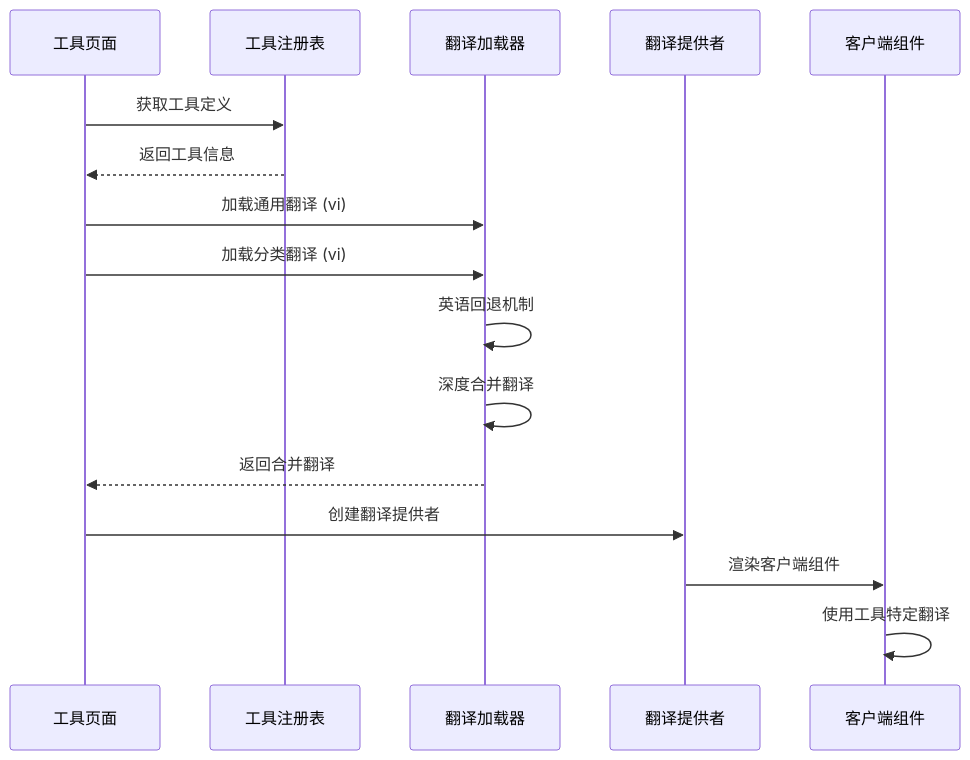
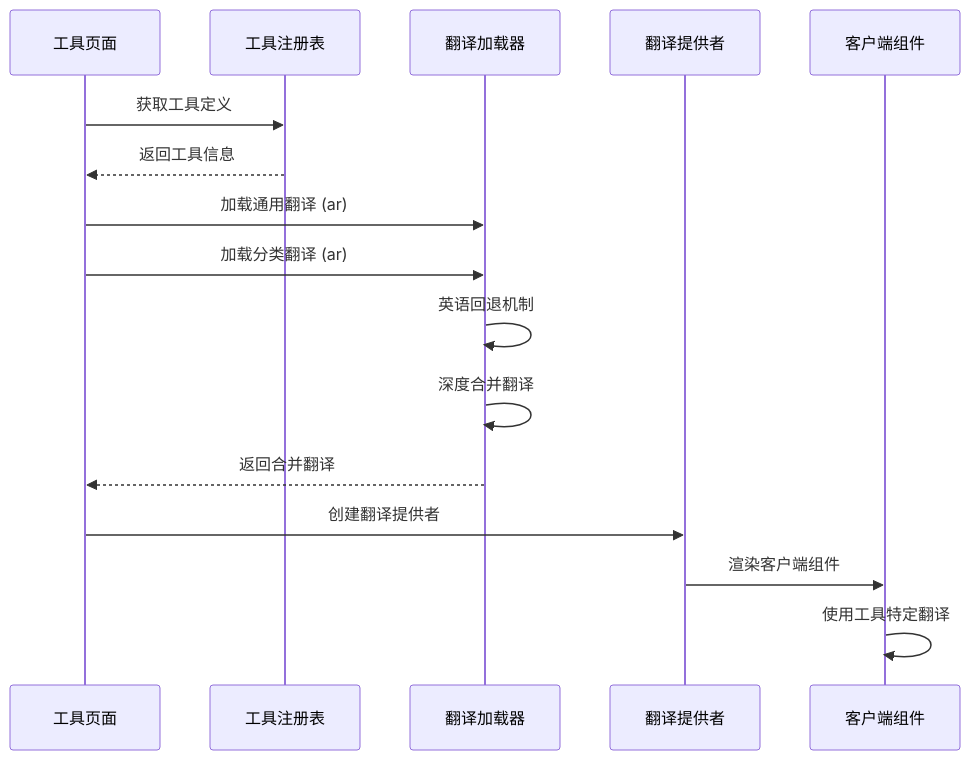
Before and after one commit to sgyy/privadeck: the tenth of 13 diagrams in .qoder/repowiki/zh/content/技术架构/国际化系统.md, drawn with Mermaid. The commit also changed other lines of this file and 2 other files, not shown here.

````diff
--- a/.qoder/repowiki/zh/content/技术架构/国际化系统.md
+++ b/.qoder/repowiki/zh/content/技术架构/国际化系统.md
@@ -550,18 +560,18 @@
 ```mermaid
 sequenceDiagram
 participant Page as 工具页面
 participant Registry as 工具注册表
 participant Loader as 翻译加载器
 participant Provider as 翻译提供者
 participant Client as 客户端组件
 Page->>Registry : 获取工具定义
 Registry-->>Page : 返回工具信息
-Page->>Loader : 加载通用翻译 (vi)
-Page->>Loader : 加载分类翻译 (vi)
+Page->>Loader : 加载通用翻译 (ar)
+Page->>Loader : 加载分类翻译 (ar)
 Loader->>Loader : 英语回退机制
 Loader->>Loader : 深度合并翻译
 Loader-->>Page : 返回合并翻译
 Page->>Provider : 创建翻译提供者
 Provider->>Client : 渲染客户端组件
 Client->>Client : 使用工具特定翻译
 ```
````
